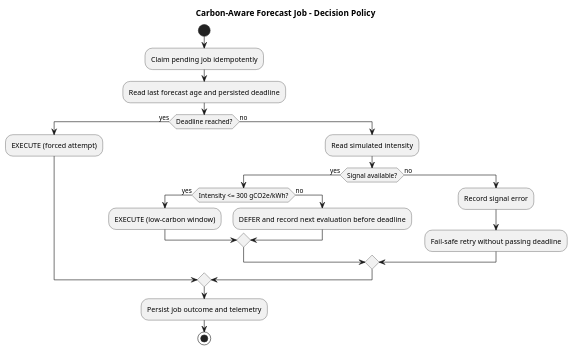
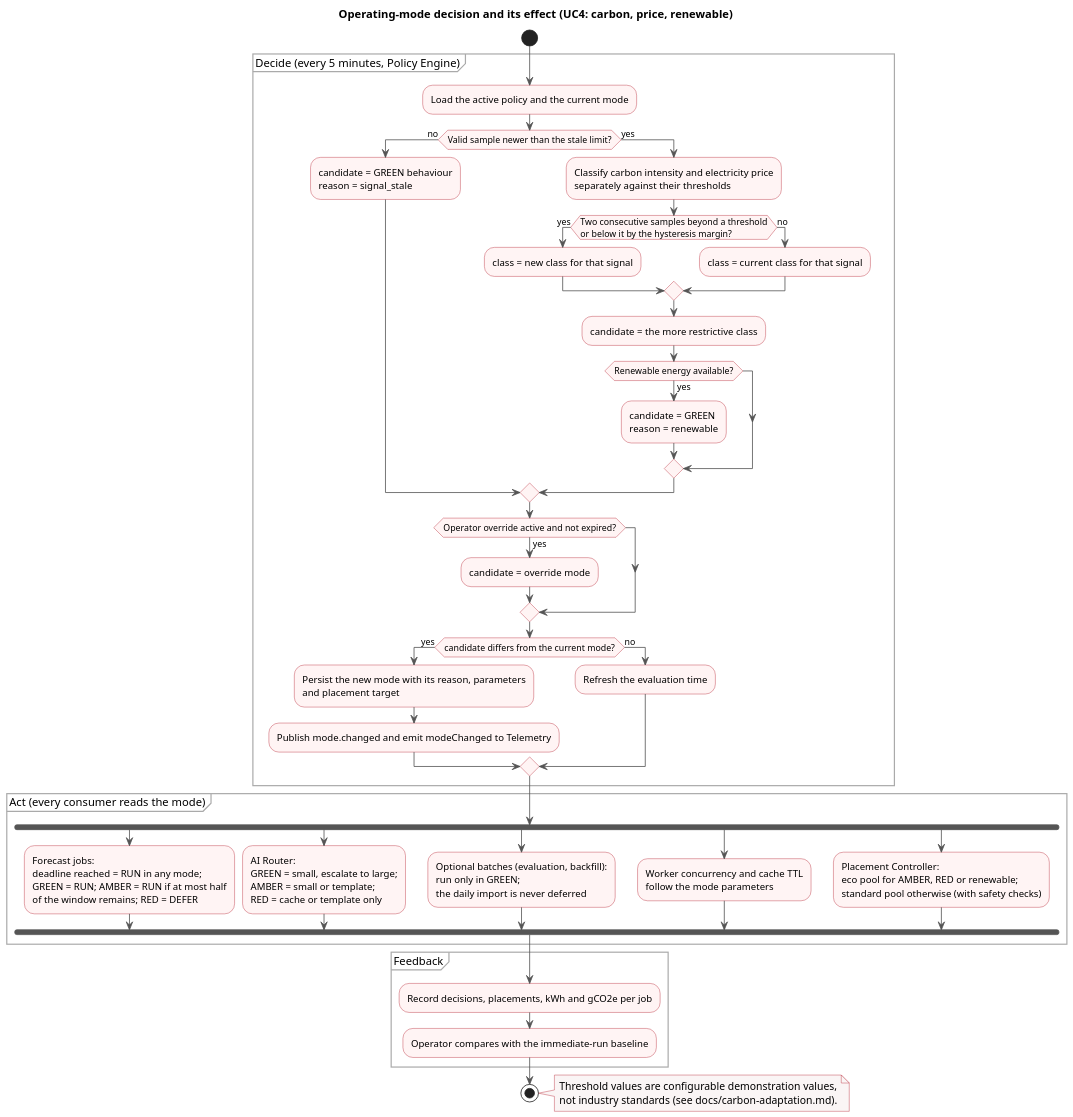
The diagram in docs/diagrams/carbon-policy-activity.puml (anchelesr/AACC-Smart-Shopping), drawn with PlantUML before and after one commit. The commit also changed 143 other files, not shown here.

```diff
--- a/docs/diagrams/carbon-policy-activity.puml
+++ b/docs/diagrams/carbon-policy-activity.puml
@@ -1,25 +1,64 @@
 @startuml
-title Carbon-Aware Forecast Job - Decision Policy
+title Operating-mode decision and its effect (UC4: carbon, price, renewable)
 skinparam shadowing false
 skinparam backgroundColor white
+skinparam dpi 130
+skinparam ActivityBackgroundColor #FFF4F4
+skinparam ActivityBorderColor #B52330
+skinparam ArrowColor #555555
+skinparam ActivityDiamondBackgroundColor #FFF4F4
+skinparam ActivityDiamondBorderColor #B52330
+skinparam PartitionBorderColor #AAAAAA
+skinparam NoteBackgroundColor #FAF5F5
+skinparam NoteBorderColor #B52330
+
 start
-:Claim pending job idempotently;
-:Read last forecast age and persisted deadline;
-if (Deadline reached?) then (yes)
-  :EXECUTE (forced attempt);
-else (no)
-  :Read simulated intensity;
-  if (Signal available?) then (yes)
-    if (Intensity <= 300 gCO2e/kWh?) then (yes)
-      :EXECUTE (low-carbon window);
+partition "Decide (every 5 minutes, Policy Engine)" {
+  :Load the active policy and the current mode;
+  if (Valid sample newer than the stale limit?) then (no)
+    :candidate = GREEN behaviour\nreason = signal_stale;
+  else (yes)
+    :Classify carbon intensity and electricity price\nseparately against their thresholds;
+    if (Two consecutive samples beyond a threshold\nor below it by the hysteresis margin?) then (yes)
+      :class = new class for that signal;
     else (no)
-      :DEFER and record next evaluation before deadline;
+      :class = current class for that signal;
     endif
+    :candidate = the more restrictive class;
+    if (Renewable energy available?) then (yes)
+      :candidate = GREEN\nreason = renewable;
+    endif
+  endif
+  if (Operator override active and not expired?) then (yes)
+    :candidate = override mode;
+  endif
+  if (candidate differs from the current mode?) then (yes)
+    :Persist the new mode with its reason, parameters\nand placement target;
+    :Publish mode.changed and emit modeChanged to Telemetry;
   else (no)
-    :Record signal error;
-    :Fail-safe retry without passing deadline;
+    :Refresh the evaluation time;
   endif
-endif
-:Persist job outcome and telemetry;
+}
+partition "Act (every consumer reads the mode)" {
+  fork
+    :Forecast jobs:\ndeadline reached = RUN in any mode;\nGREEN = RUN; AMBER = RUN if at most half\nof the window remains; RED = DEFER;
+  fork again
+    :AI Router:\nGREEN = small, escalate to large;\nAMBER = small or template;\nRED = cache or template only;
+  fork again
+    :Optional batches (evaluation, backfill):\nrun only in GREEN;\nthe daily import is never deferred;
+  fork again
+    :Worker concurrency and cache TTL\nfollow the mode parameters;
+  fork again
+    :Placement Controller:\neco pool for AMBER, RED or renewable;\nstandard pool otherwise (with safety checks);
+  end fork
+}
+partition "Feedback" {
+  :Record decisions, placements, kWh and gCO2e per job;
+  :Operator compares with the immediate-run baseline;
+}
 stop
+note right
+  Threshold values are configurable demonstration values,
+  not industry standards (see docs/carbon-adaptation.md).
+end note
 @enduml
```
